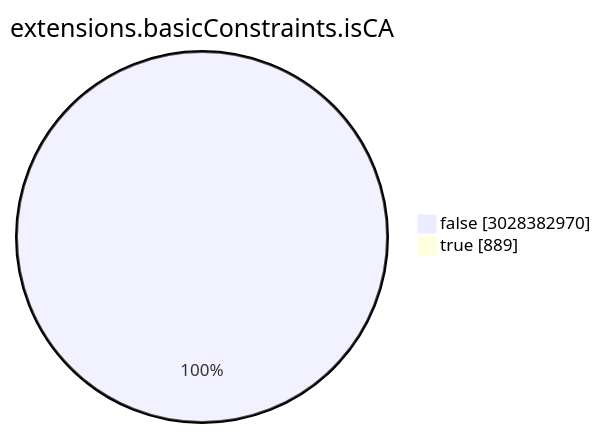
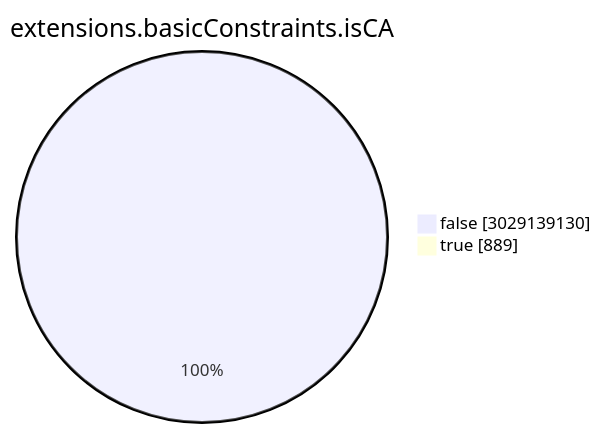
The seventh of 15 diagrams in TOTAL/README.md (christiankrug/ctmonitor_visualization), drawn with Mermaid before and after one commit. The commit also changed other lines of this file, not shown here.

````diff
--- a/TOTAL/README.md
+++ b/TOTAL/README.md
@@ -3086,6 +3086,6 @@
 ```mermaid
 pie showData
 title extensions.basicConstraints.isCA
-"false" :3028382970
+"false" :3029139130
 "true" :889
 ```
````
